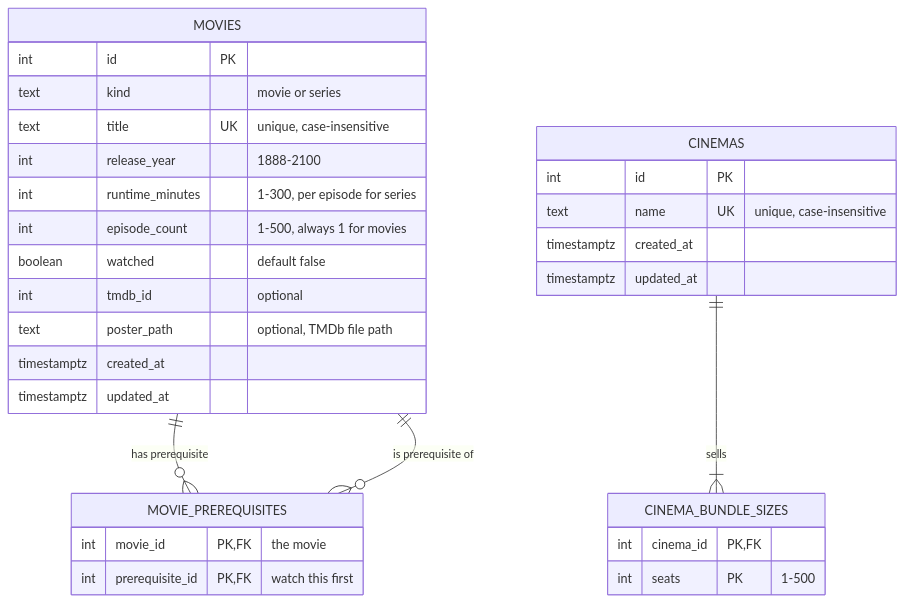
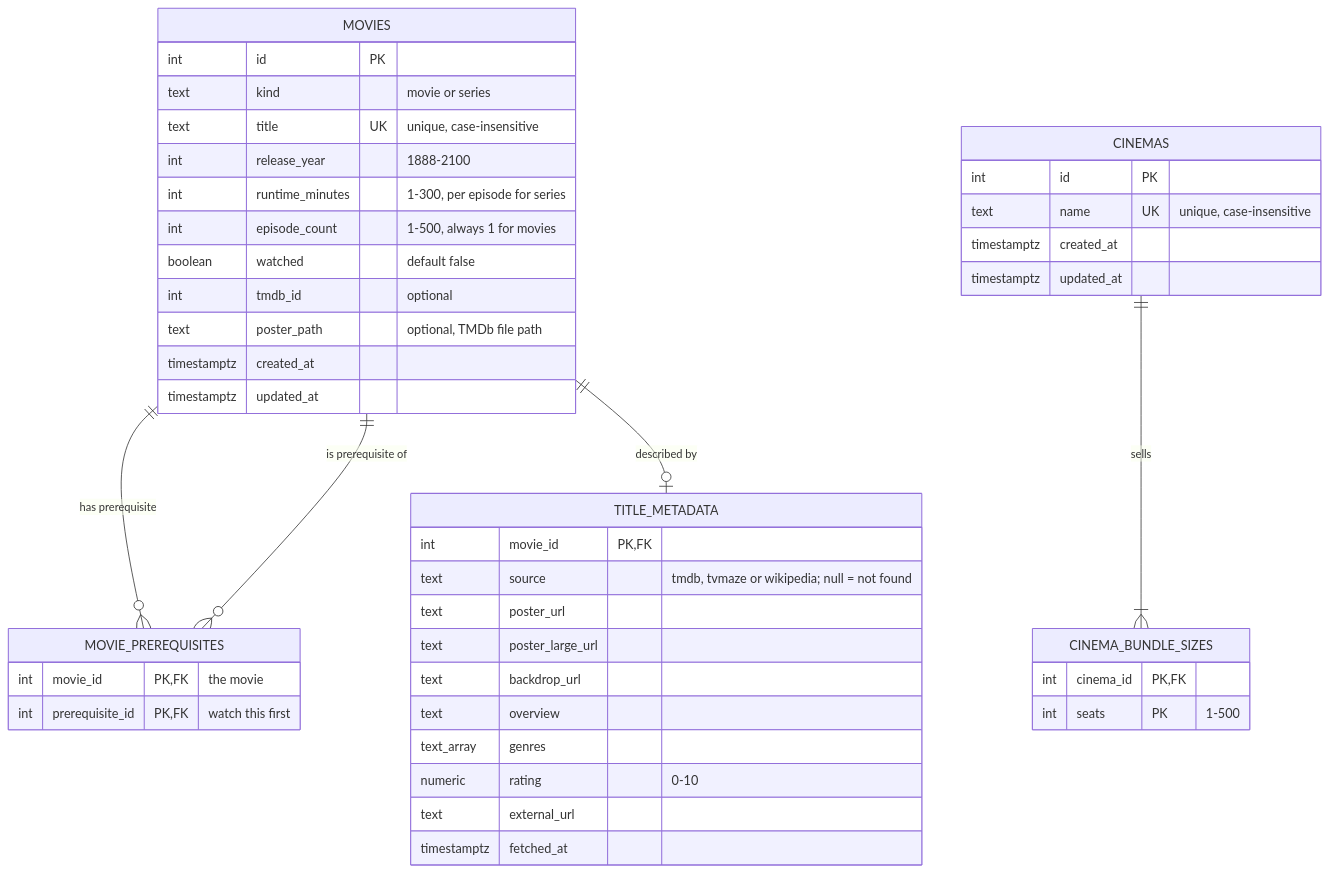
Before and after one commit to SnoOpWo0t/DoomsdayCalling: the diagram in README.md, drawn with Mermaid. The commit also changed other lines of this file and 3 other files, not shown here.

````diff
--- a/README.md
+++ b/README.md
@@ -204,37 +211,51 @@
 ```mermaid
 erDiagram
     MOVIES ||--o{ MOVIE_PREREQUISITES : "has prerequisite"
     MOVIES ||--o{ MOVIE_PREREQUISITES : "is prerequisite of"
+    MOVIES ||--o| TITLE_METADATA : "described by"
     CINEMAS ||--|{ CINEMA_BUNDLE_SIZES : sells
 
     MOVIES {
         int id PK
         text kind "movie or series"
         text title UK "unique, case-insensitive"
         int release_year "1888-2100"
         int runtime_minutes "1-300, per episode for series"
         int episode_count "1-500, always 1 for movies"
         boolean watched "default false"
         int tmdb_id "optional"
         text poster_path "optional, TMDb file path"
         timestamptz created_at
         timestamptz updated_at
     }
 
     MOVIE_PREREQUISITES {
         int movie_id PK, FK "the movie"
         int prerequisite_id PK, FK "watch this first"
     }
 
+    TITLE_METADATA {
+        int movie_id PK, FK
+        text source "tmdb, tvmaze or wikipedia; null = not found"
+        text poster_url
+        text poster_large_url
+        text backdrop_url
+        text overview
+        text_array genres
+        numeric rating "0-10"
+        text external_url
+        timestamptz fetched_at
+    }
+
     CINEMAS {
         int id PK
         text name UK "unique, case-insensitive"
         timestamptz created_at
         timestamptz updated_at
     }
 
     CINEMA_BUNDLE_SIZES {
         int cinema_id PK, FK
         int seats PK "1-500"
     }
 ```
````
